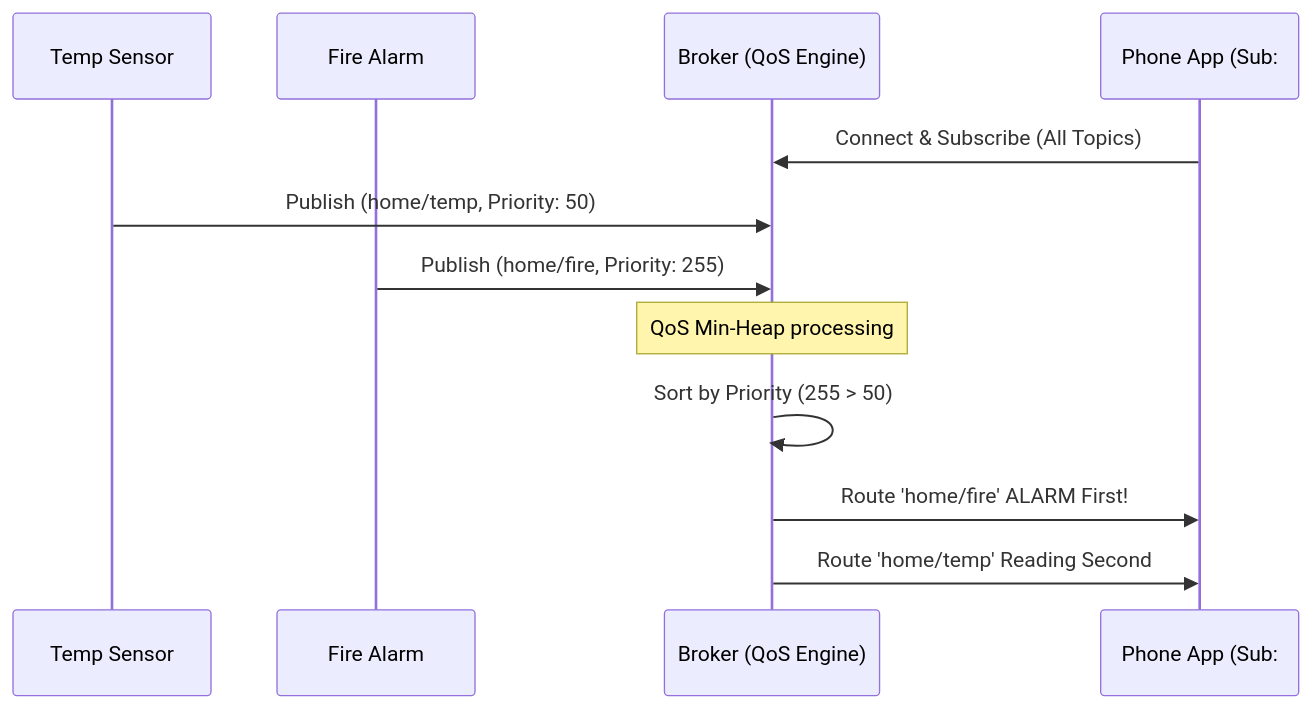
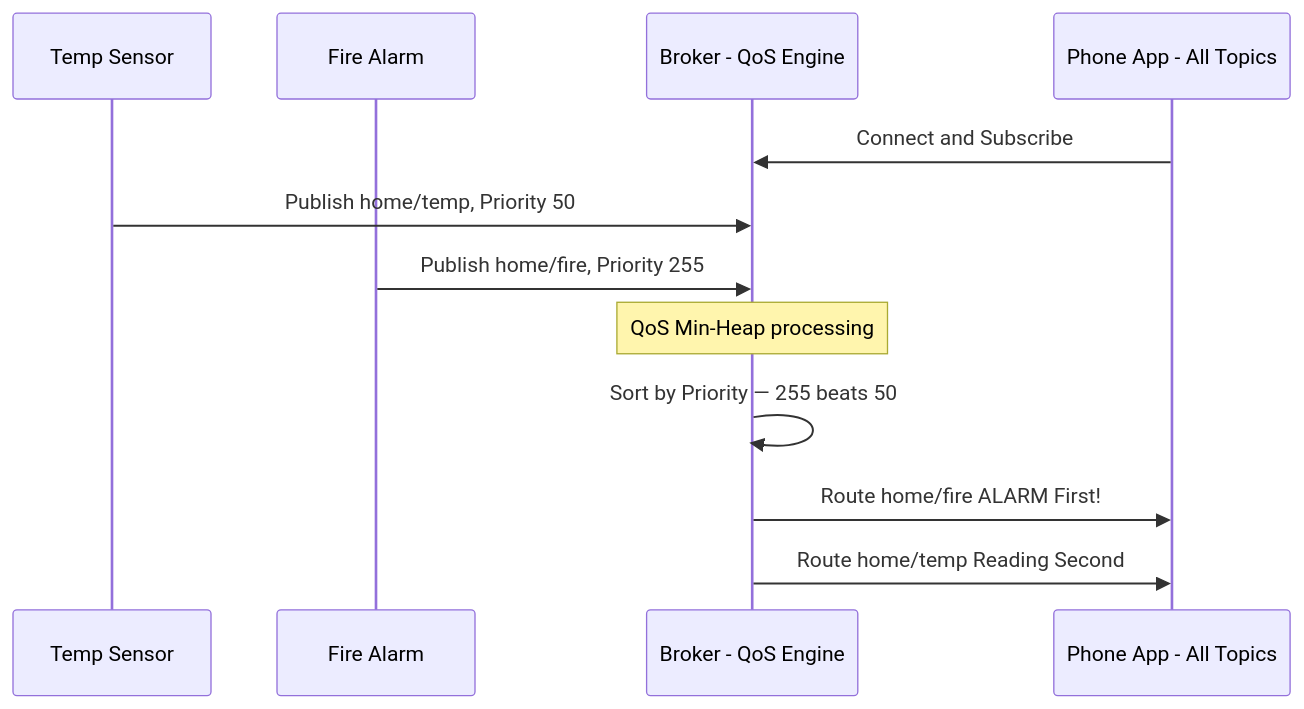
The fourth of 5 diagrams in README.md (CN-2026-IIITA/Sentinel-Home-Hub), drawn with Mermaid before and after one commit. The commit also changed other lines of this file, not shown here.

Commit message:
fixed errors in fetching of mermaid code

````diff
--- a/README.md
+++ b/README.md
@@ -157,18 +157,18 @@
 ```mermaid
 sequenceDiagram
     participant S1 as Temp Sensor
     participant S2 as Fire Alarm
-    participant B as Broker (QoS Engine)
-    participant C as Phone App (Sub: #)
+    participant B as Broker - QoS Engine
+    participant C as Phone App - All Topics
 
-    C->>B: Connect & Subscribe (All Topics)
+    C->>B: Connect and Subscribe
     
-    S1->>B: Publish (home/temp, Priority: 50)
-    S2->>B: Publish (home/fire, Priority: 255)
+    S1->>B: Publish home/temp, Priority 50
+    S2->>B: Publish home/fire, Priority 255
     
     Note over B: QoS Min-Heap processing
-    B->>B: Sort by Priority (255 > 50)
+    B->>B: Sort by Priority — 255 beats 50
     
-    B->>C: Route 'home/fire' ALARM First!
-    B->>C: Route 'home/temp' Reading Second
+    B->>C: Route home/fire ALARM First!
+    B->>C: Route home/temp Reading Second
 ```
````
